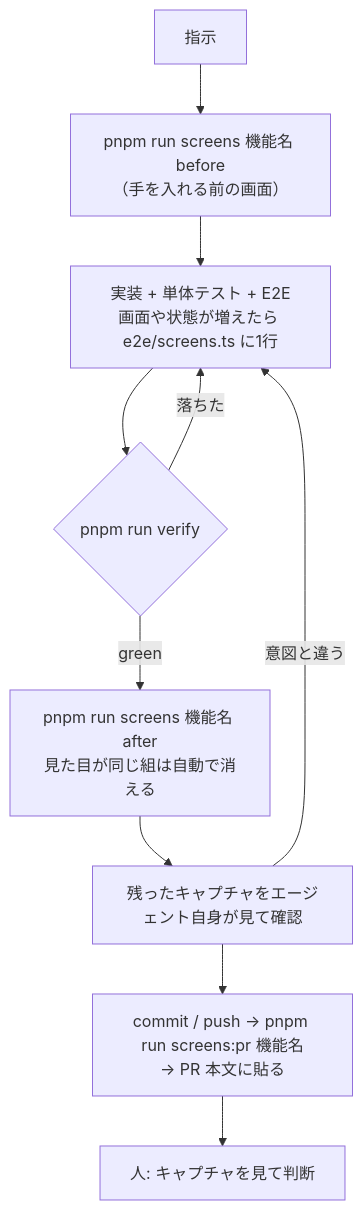
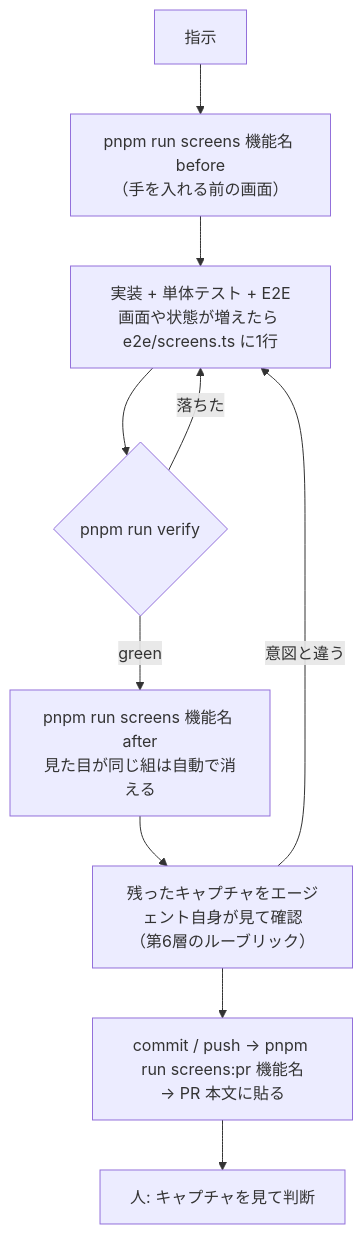
Before and after one commit to Atoyr/keiba-note: the fifth of 6 diagrams in docs/harness.md, drawn with Mermaid. The commit also changed other lines of this file and 2 other files, not shown here.

````diff
--- a/docs/harness.md
+++ b/docs/harness.md
@@ -43,12 +544,12 @@
 ```mermaid
 flowchart TB
     A["指示"] --> B["pnpm run screens 機能名 before<br/>（手を入れる前の画面）"]
     B --> C["実装 + 単体テスト + E2E<br/>画面や状態が増えたら e2e/screens.ts に1行"]
     C --> D{"pnpm run verify"}
     D -- 落ちた --> C
     D -- green --> E["pnpm run screens 機能名 after<br/>見た目が同じ組は自動で消える"]
-    E --> F["残ったキャプチャをエージェント自身が見て確認"]
+    E --> F["残ったキャプチャをエージェント自身が見て確認<br/>（第6層のルーブリック）"]
     F -- 意図と違う --> C
     F --> G["commit / push → pnpm run screens:pr 機能名<br/>→ PR 本文に貼る"]
     G --> H["人: キャプチャを見て判断"]
 ```
````
